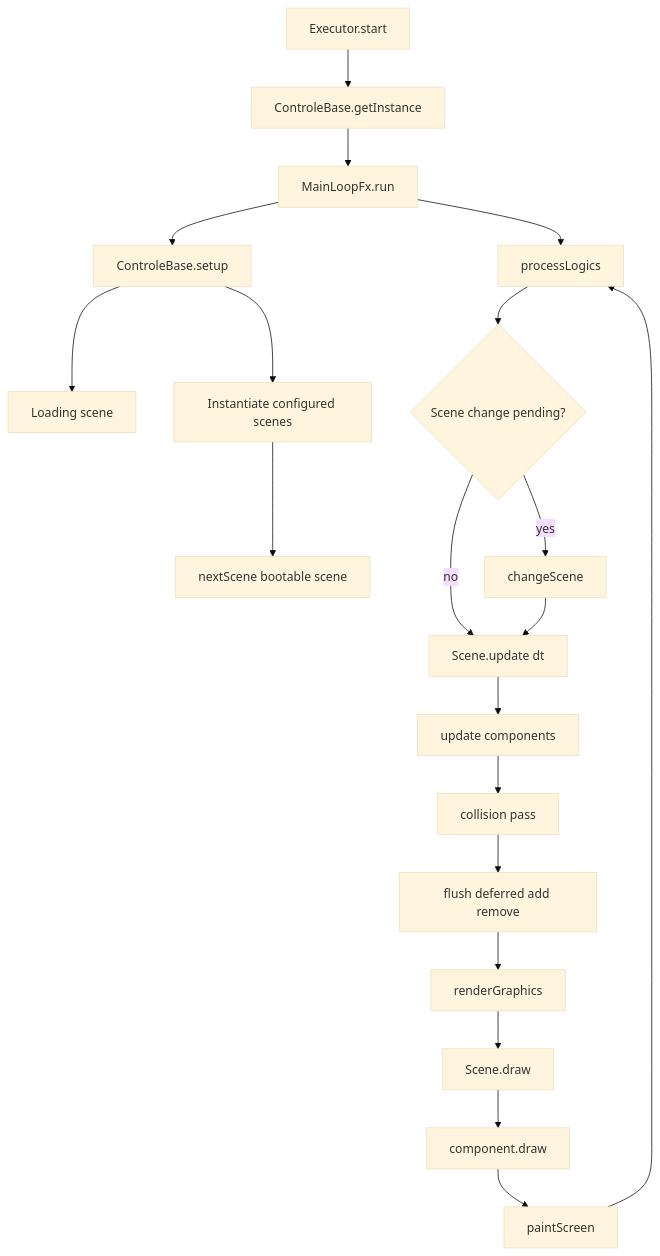
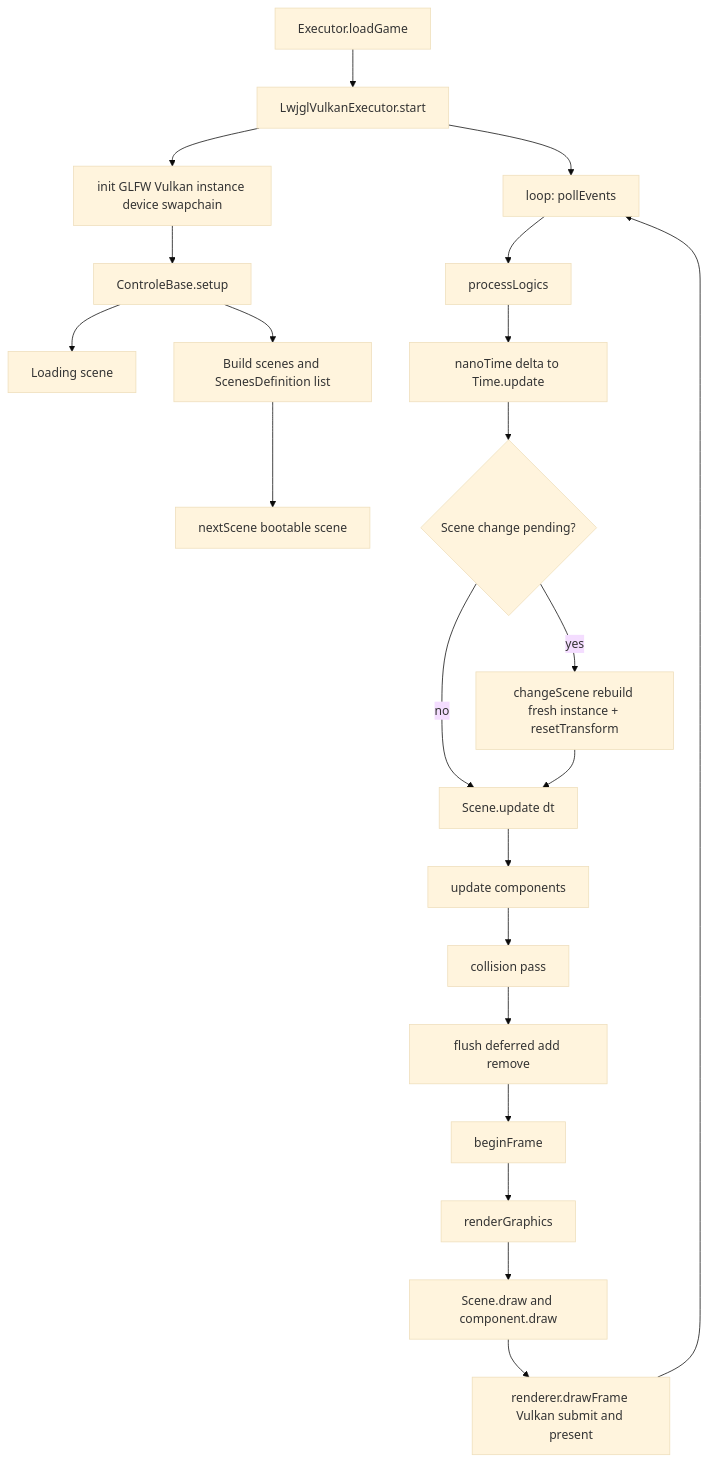
One commit to JunioDutra/enginefx changed the second of 6 diagrams in Project_Architecture_Blueprint.md. Above: the diagram before and after it, drawn with Mermaid (base theme). The commit also changed other lines of this file and 1 other file, not shown here.

Commit message:
Update architecture documentation to reflect Vulkan backend integration and remove JavaFX references

````diff
--- a/Project_Architecture_Blueprint.md
+++ b/Project_Architecture_Blueprint.md
@@ -65,22 +78,24 @@
 ```mermaid
 flowchart TD
-    A[Executor.start] --> B[ControleBase.getInstance]
-    B --> C[MainLoopFx.run]
+    A[Executor.loadGame] --> B[LwjglVulkanExecutor.start]
+    B --> C[init GLFW Vulkan instance device swapchain]
     C --> D[ControleBase.setup]
     D --> E[Loading scene]
-    D --> F[Instantiate configured scenes]
+    D --> F[Build scenes and ScenesDefinition list]
     F --> G[nextScene bootable scene]
-    C --> H[processLogics]
-    H --> I{Scene change pending?}
-    I -- yes --> J[changeScene]
-    I -- no --> K[Scene.update dt]
+    B --> H[loop: pollEvents]
+    H --> I[processLogics]
+    I --> T[nanoTime delta to Time.update]
+    T --> U{Scene change pending?}
+    U -- yes --> J[changeScene rebuild fresh instance + resetTransform]
+    U -- no --> K[Scene.update dt]
     J --> K
     K --> L[update components]
     L --> M[collision pass]
     M --> N[flush deferred add remove]
-    N --> O[renderGraphics]
-    O --> P[Scene.draw]
-    P --> Q[component.draw]
-    Q --> R[paintScreen]
+    N --> O[beginFrame]
+    O --> P[renderGraphics]
+    P --> Q[Scene.draw and component.draw]
+    Q --> R[renderer.drawFrame Vulkan submit and present]
     R --> H
 ```
````
